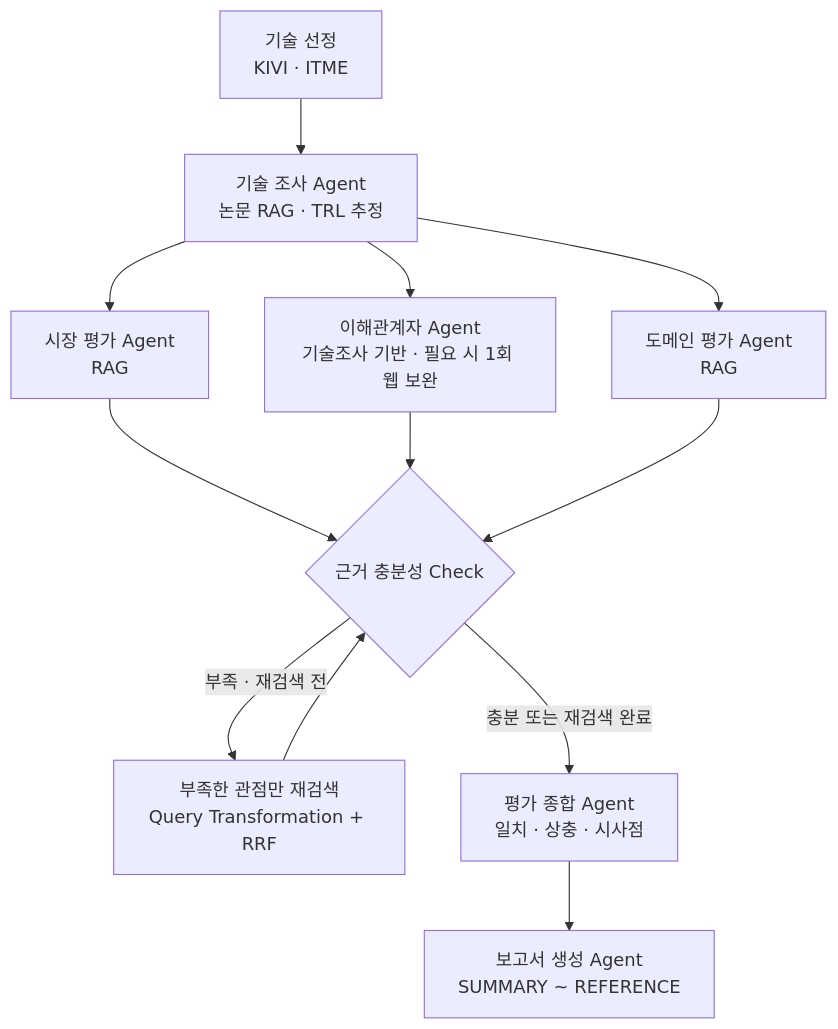
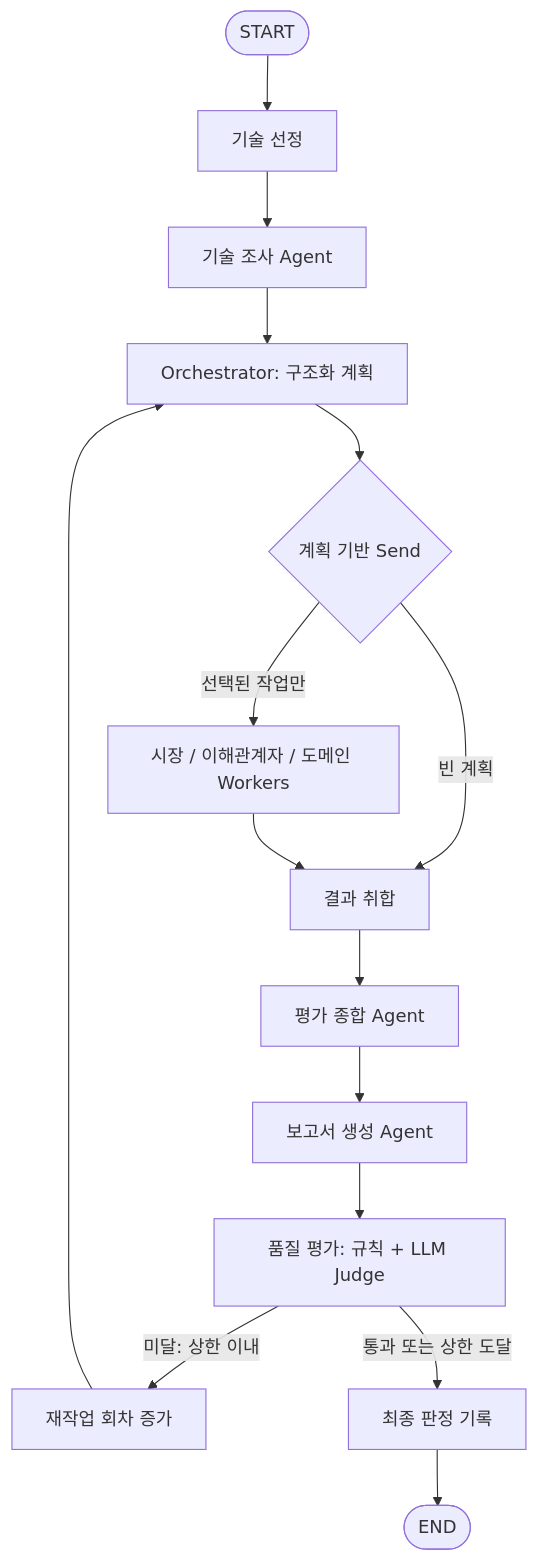
The diagram in README.md (zser99/SKALA_MultiAgent), drawn with Mermaid before and after one commit. The commit also changed other lines of this file, not shown here.

````diff
--- a/README.md
+++ b/README.md
@@ -122,14 +95,17 @@
 ```mermaid
 flowchart TD
-    A[기술 선정<br/>KIVI · ITME] --> B[기술 조사 Agent<br/>논문 RAG · TRL 추정]
-    B --> C[시장 평가 Agent<br/>RAG]
-    B --> D[이해관계자 Agent<br/>기술조사 기반 · 필요 시 1회 웹 보완]
-    B --> E[도메인 평가 Agent<br/>RAG]
-    C --> F{근거 충분성 Check}
-    D --> F
-    E --> F
-    F -- 부족 · 재검색 전 --> H[부족한 관점만 재검색<br/>Query Transformation + RRF]
-    H --> F
-    F -- 충분 또는 재검색 완료 --> G[평가 종합 Agent<br/>일치 · 상충 · 시사점]
-    G --> I[보고서 생성 Agent<br/>SUMMARY ~ REFERENCE]
+    START([START]) --> SELECT[기술 선정]
+    SELECT --> RESEARCH[기술 조사 Agent]
+    RESEARCH --> PLAN[Orchestrator: 구조화 계획]
+    PLAN --> DISPATCH{계획 기반 Send}
+    DISPATCH -->|선택된 작업만| WORKERS[시장 / 이해관계자 / 도메인 Workers]
+    DISPATCH -->|빈 계획| COLLECT[결과 취합]
+    WORKERS --> COLLECT
+    COLLECT --> SYNTH[평가 종합 Agent]
+    SYNTH --> REPORT[보고서 생성 Agent]
+    REPORT --> QUALITY[품질 평가: 규칙 + LLM Judge]
+    QUALITY -->|미달: 상한 이내| REWORK[재작업 회차 증가]
+    REWORK --> PLAN
+    QUALITY -->|통과 또는 상한 도달| FINISH[최종 판정 기록]
+    FINISH --> END([END])
 ```
````
